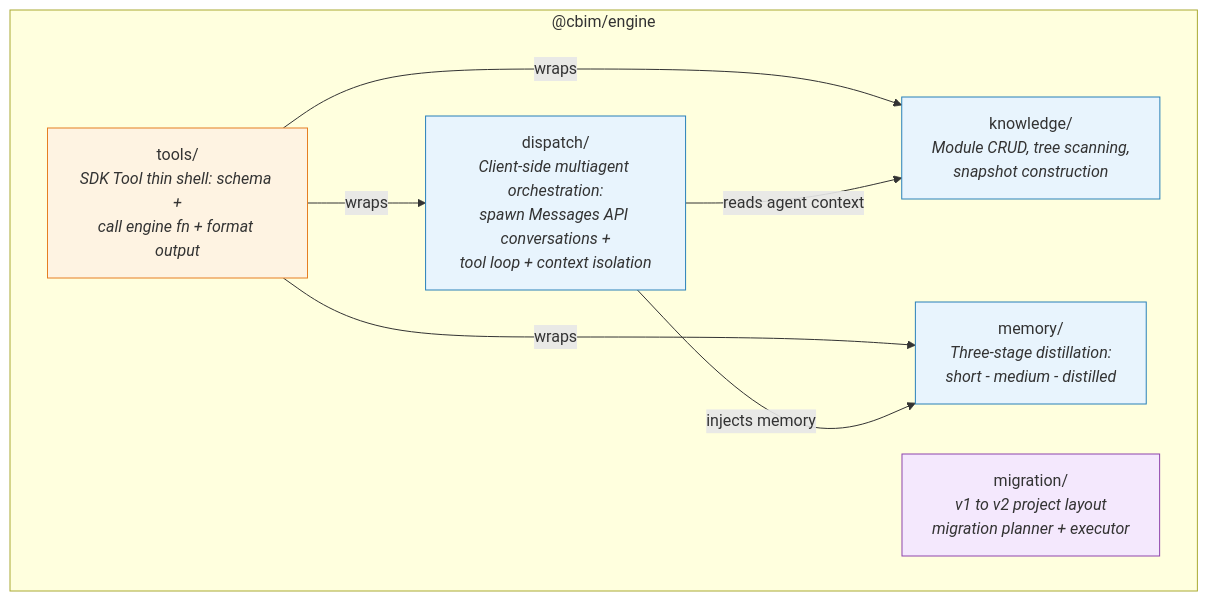
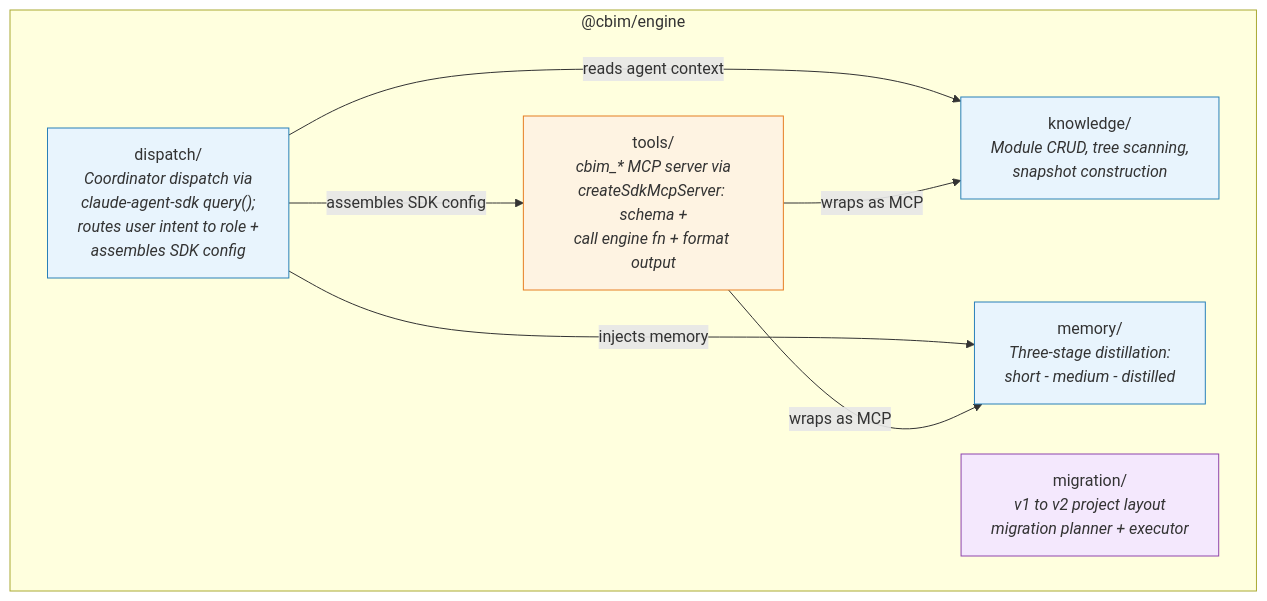
One commit to nan023062/agent-team-cc changed the diagram in packages/engine/.dna/module.md. Above: the diagram before and after it, drawn with Mermaid. The commit also changed other lines of this file and 1 other file, not shown here.

````diff
--- a/packages/engine/.dna/module.md
+++ b/packages/engine/.dna/module.md
@@ -15,22 +15,22 @@
 ```mermaid
 graph TD
     subgraph engine ["@cbim/engine"]
         KNOWLEDGE["knowledge/<br/><i>Module CRUD, tree scanning,<br/>snapshot construction</i>"]
         MEMORY["memory/<br/><i>Three-stage distillation:<br/>short - medium - distilled</i>"]
-        DISPATCH["dispatch/<br/><i>Client-side multiagent orchestration:<br/>spawn Messages API conversations +<br/>tool loop + context isolation</i>"]
+        DISPATCH["dispatch/<br/><i>Coordinator dispatch via<br/>claude-agent-sdk query();<br/>routes user intent to role +<br/>assembles SDK config</i>"]
         MIGRATION["migration/<br/><i>v1 to v2 project layout<br/>migration planner + executor</i>"]
-        TOOLS["tools/<br/><i>SDK Tool thin shell: schema +<br/>call engine fn + format output</i>"]
+        TOOLS["tools/<br/><i>cbim_* MCP server via<br/>createSdkMcpServer: schema +<br/>call engine fn + format output</i>"]
     end
 
-    TOOLS -->|"wraps"| KNOWLEDGE
-    TOOLS -->|"wraps"| MEMORY
-    TOOLS -->|"wraps"| DISPATCH
+    DISPATCH -->|"assembles SDK config"| TOOLS
     DISPATCH -->|"reads agent context"| KNOWLEDGE
     DISPATCH -->|"injects memory"| MEMORY
+    TOOLS -->|"wraps as MCP"| KNOWLEDGE
+    TOOLS -->|"wraps as MCP"| MEMORY
 
     style KNOWLEDGE fill:#e8f4fd,stroke:#2980b9
     style MEMORY fill:#e8f4fd,stroke:#2980b9
     style DISPATCH fill:#e8f4fd,stroke:#2980b9
     style MIGRATION fill:#f4e8fd,stroke:#8e44ad
     style TOOLS fill:#fef3e2,stroke:#e67e22
 ```
````
